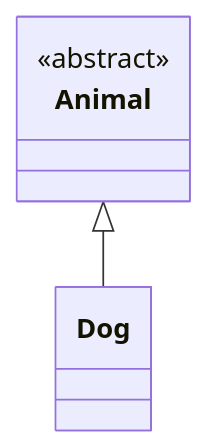
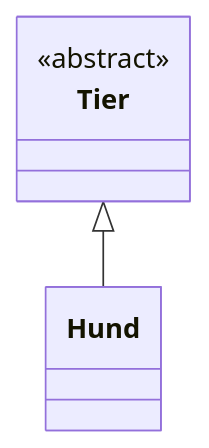
The seventh of 12 diagrams in slides/content/slides/SWP/PR/18_uml-class-diagram.md (HTL-Wolfsberg-Betriebsinformatik/skript), drawn with Mermaid before and after one commit. The commit also changed other lines of this file, not shown here.

Commit message:
updated: uml class diagram

````diff
--- a/slides/content/slides/SWP/PR/18_uml-class-diagram.md
+++ b/slides/content/slides/SWP/PR/18_uml-class-diagram.md
@@ -176,12 +246,8 @@
 ```mermaid
 classDiagram
-
-    class Animal {
+    class Tier {
           <<abstract>>
     }
-
-    class Dog {
-    }
-
-    Animal <|-- Dog
+    class Hund
+    Tier <|-- Hund
 ```
````
